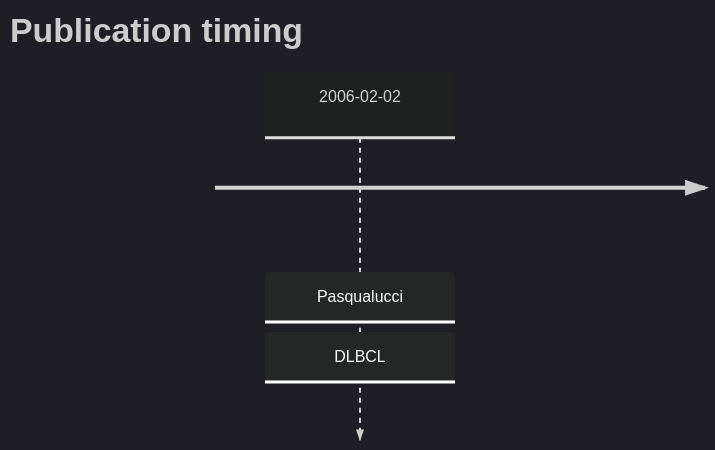
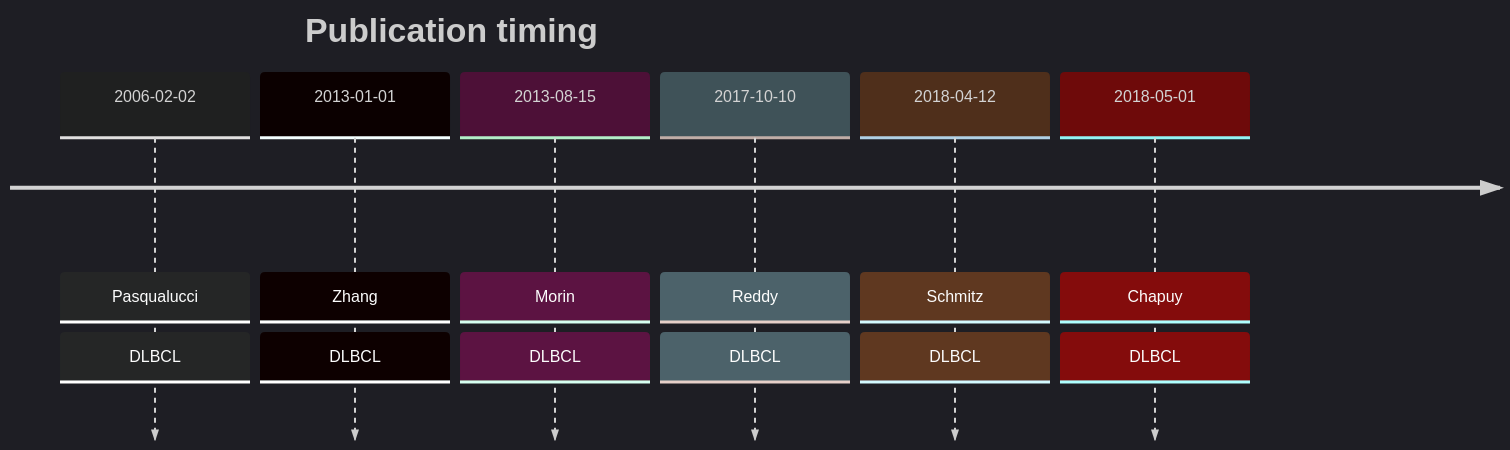
Before and after one commit to morinlab/lymphopedia: the diagram in PRDM1.md, drawn with Mermaid. The commit also changed other lines of this file, not shown here.

Commit message:
update tables

````diff
--- a/PRDM1.md
+++ b/PRDM1.md
@@ -9,6 +9,11 @@
 ```mermaid
 %%{init: { 'logLevel': 'debug', 'theme': 'dark' } }%%
 timeline
     title Publication timing
       2006-02-02 : Pasqualucci : DLBCL
+      2013-01-01 : Zhang : DLBCL
+2013-08-15 : Morin : DLBCL
+2017-10-10 : Reddy : DLBCL
+2018-04-12 : Schmitz : DLBCL
+2018-05-01 : Chapuy : DLBCL
 ```
````
